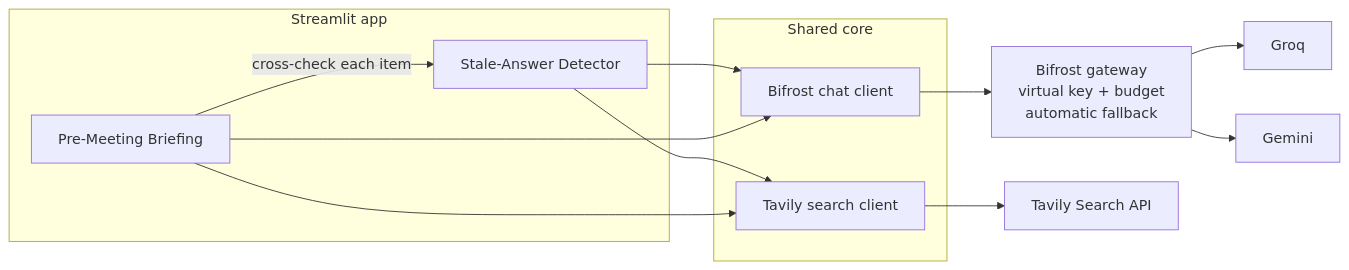
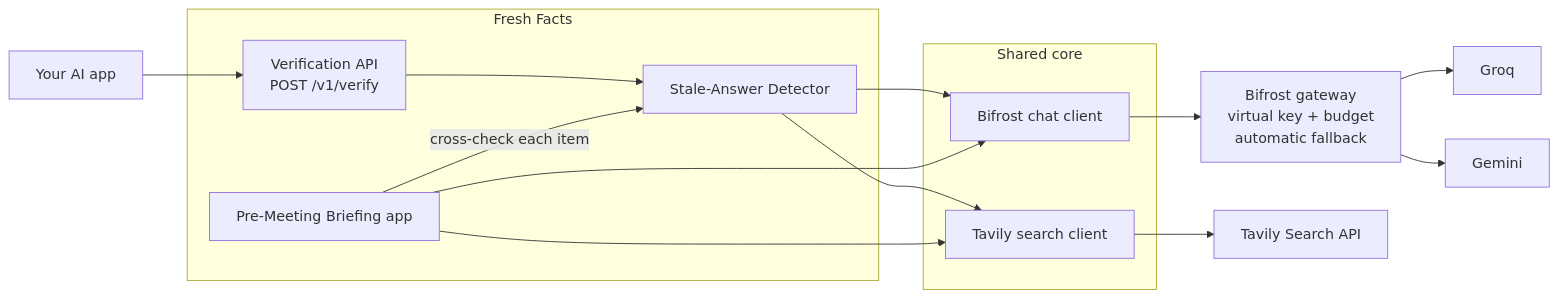
The diagram in README.md (mgoblimar/bifrost_tavily_global_ai_hackathon), drawn with Mermaid before and after one commit. The commit also changed other lines of this file and 8 other files, not shown here.

First line of the commit message:
feat: expose the detector as a verification API for AI applications

````diff
--- a/README.md
+++ b/README.md
@@ -47,20 +115,23 @@
 ```mermaid
 flowchart LR
-    subgraph App["Streamlit app"]
+    X[Your AI app] --> A
+    subgraph App["Fresh Facts"]
+        A["Verification API<br/>POST /v1/verify"]
         D[Stale-Answer Detector]
-        B[Pre-Meeting Briefing]
+        B[Pre-Meeting Briefing app]
     end
+    A --> D
     subgraph Core["Shared core"]
         L[Bifrost chat client]
         S[Tavily search client]
     end
     D --> L
     D --> S
     B --> L
     B --> S
     B -- "cross-check each item" --> D
     L --> G["Bifrost gateway<br/>virtual key + budget<br/>automatic fallback"]
     G --> P1[Groq]
     G --> P2[Gemini]
     S --> T[Tavily Search API]
 ```
````
